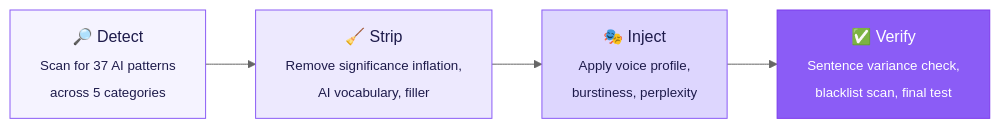
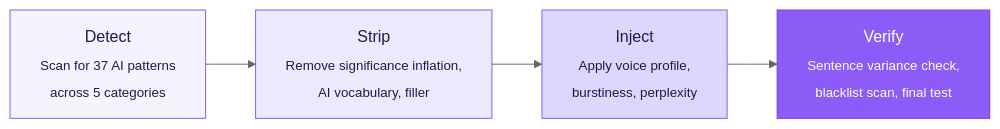
One commit to Aboudjem/humanizer-skill changed the diagram in README.md. Above: the diagram before and after it, drawn with Mermaid (neutral theme). The commit also changed other lines of this file and 2 other files, not shown here.

````diff
--- a/README.md
+++ b/README.md
@@ -92,11 +221,11 @@
 ```mermaid
 graph LR
-    A["🔎 Detect<br/><sub>Scan for 37 AI patterns<br/>across 5 categories</sub>"] --> B["🧹 Strip<br/><sub>Remove significance inflation,<br/>AI vocabulary, filler</sub>"]
-    B --> C["🎭 Inject<br/><sub>Apply voice profile,<br/>burstiness, perplexity</sub>"]
-    C --> D["✅ Verify<br/><sub>Sentence variance check,<br/>blacklist scan, final test</sub>"]
+    A["Detect<br/><sub>Scan for 37 AI patterns<br/>across 5 categories</sub>"] --> B["Strip<br/><sub>Remove significance inflation,<br/>AI vocabulary, filler</sub>"]
+    B --> C["Inject<br/><sub>Apply voice profile,<br/>burstiness, perplexity</sub>"]
+    C --> D["Verify<br/><sub>Sentence variance check,<br/>blacklist scan, final test</sub>"]
 
     style A fill:#f5f3ff,stroke:#8b5cf6,color:#1e1b4b
     style B fill:#ede9fe,stroke:#8b5cf6,color:#1e1b4b
     style C fill:#ddd6fe,stroke:#8b5cf6,color:#1e1b4b
     style D fill:#8b5cf6,stroke:#7c3aed,color:#ffffff
 ```
````
